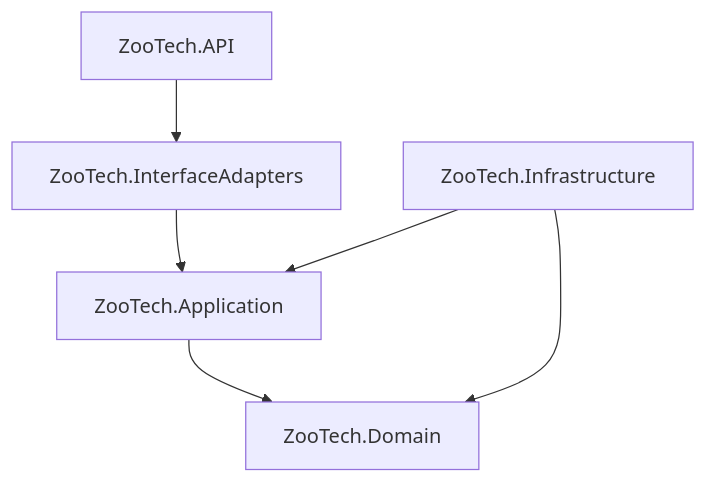
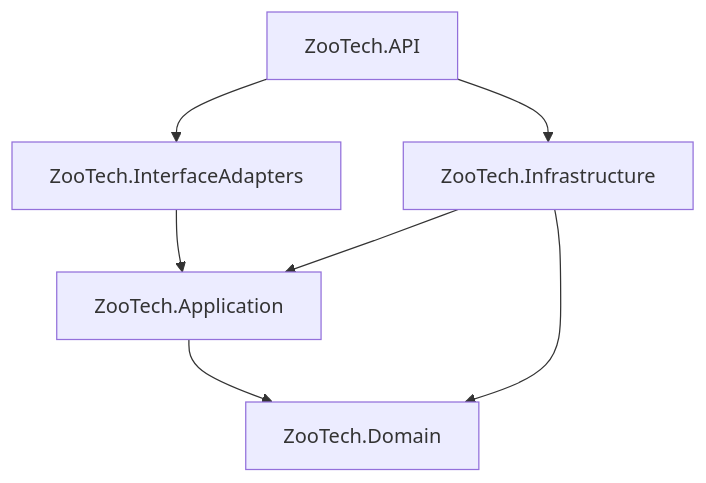
The diagram in docs/architecture/project_analysis.md (JunixOs/ZooTech-Backend), drawn with Mermaid before and after one commit. The commit also changed other lines of this file and 3 other files, not shown here.

Commit message:
docs(architecture): Actualiza planes de parametrizacion.

````diff
--- a/docs/architecture/project_analysis.md
+++ b/docs/architecture/project_analysis.md
@@ -11,8 +11,9 @@
 ```mermaid
 graph TD
     API[ZooTech.API] --> IA[ZooTech.InterfaceAdapters]
+    API --> Infra[ZooTech.Infrastructure]
     IA --> App[ZooTech.Application]
-    Infrastructure[ZooTech.Infrastructure] --> App
-    App --> Domain[ZooTech.Domain]
-    Infrastructure --> Domain
+    Infra --> App
+    Infra --> Domain[ZooTech.Domain]
+    App --> Domain
 ```
````
